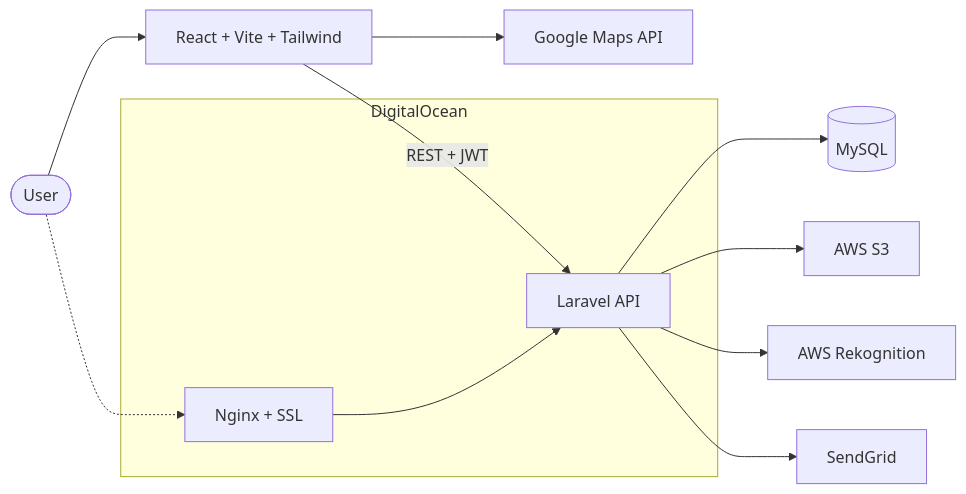
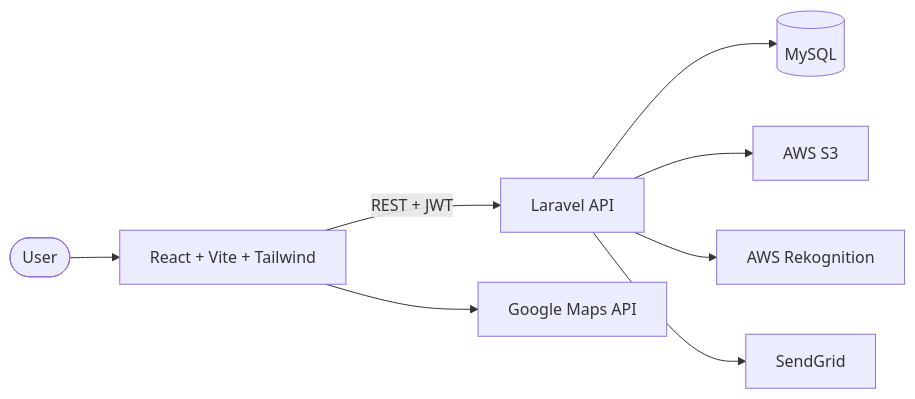
Before and after one commit to anferlleesugay/anferlleesugay: the diagram in README.md, drawn with Mermaid. The commit also changed other lines of this file, not shown here.

````diff
--- a/README.md
+++ b/README.md
@@ -162,14 +44,10 @@
 ```mermaid
 flowchart LR
     U([User]) --> FE["React + Vite + Tailwind"]
     FE -->|REST + JWT| API["Laravel API"]
     API --> DB[("MySQL")]
     API --> S3["AWS S3"]
     API --> REK["AWS Rekognition"]
     API --> MAIL["SendGrid"]
     FE --> GM["Google Maps API"]
-    subgraph Prod["DigitalOcean"]
-      NG["Nginx + SSL"] --> API
-    end
-    U -.-> NG
 ```
````
